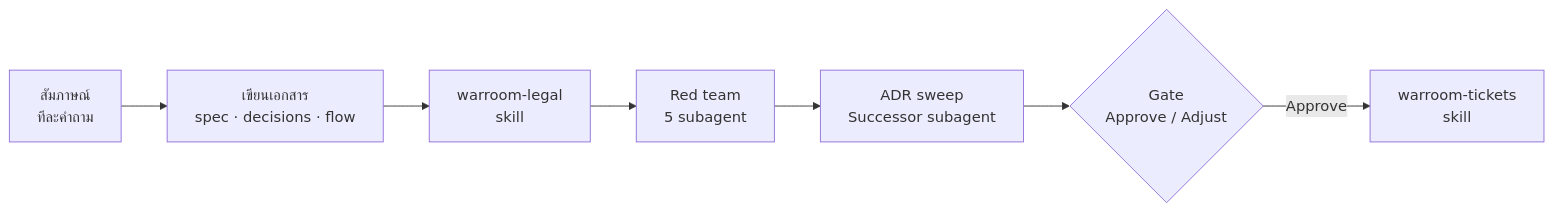
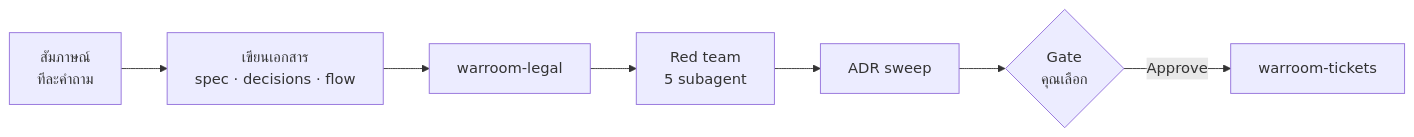
The second of 8 diagrams in docs/flow.th.md (mousemouse094526/kiki-kit), drawn with Mermaid before and after one commit. The commit also changed other lines of this file and 1 other file, not shown here.

Commit message:
docs(flow): per-skill flows with steps, glossary, and what you type

````diff
--- a/docs/flow.th.md
+++ b/docs/flow.th.md
@@ -41,13 +80,13 @@
 ```mermaid
 flowchart LR
     I["สัมภาษณ์<br/>ทีละคำถาม"]
     DOC["เขียนเอกสาร<br/>spec · decisions · flow"]
-    LG["warroom-legal<br/>skill"]
+    LG["warroom-legal"]
     RT["Red team<br/>5 subagent"]
-    S["ADR sweep<br/>Successor subagent"]
-    G{"Gate<br/>Approve / Adjust"}
-    TK["warroom-tickets<br/>skill"]
+    S["ADR sweep"]
+    G{"Gate<br/>คุณเลือก"}
+    TK["warroom-tickets"]
 
     I --> DOC --> LG --> RT --> S --> G
     G -->|Approve| TK
 ```
````
